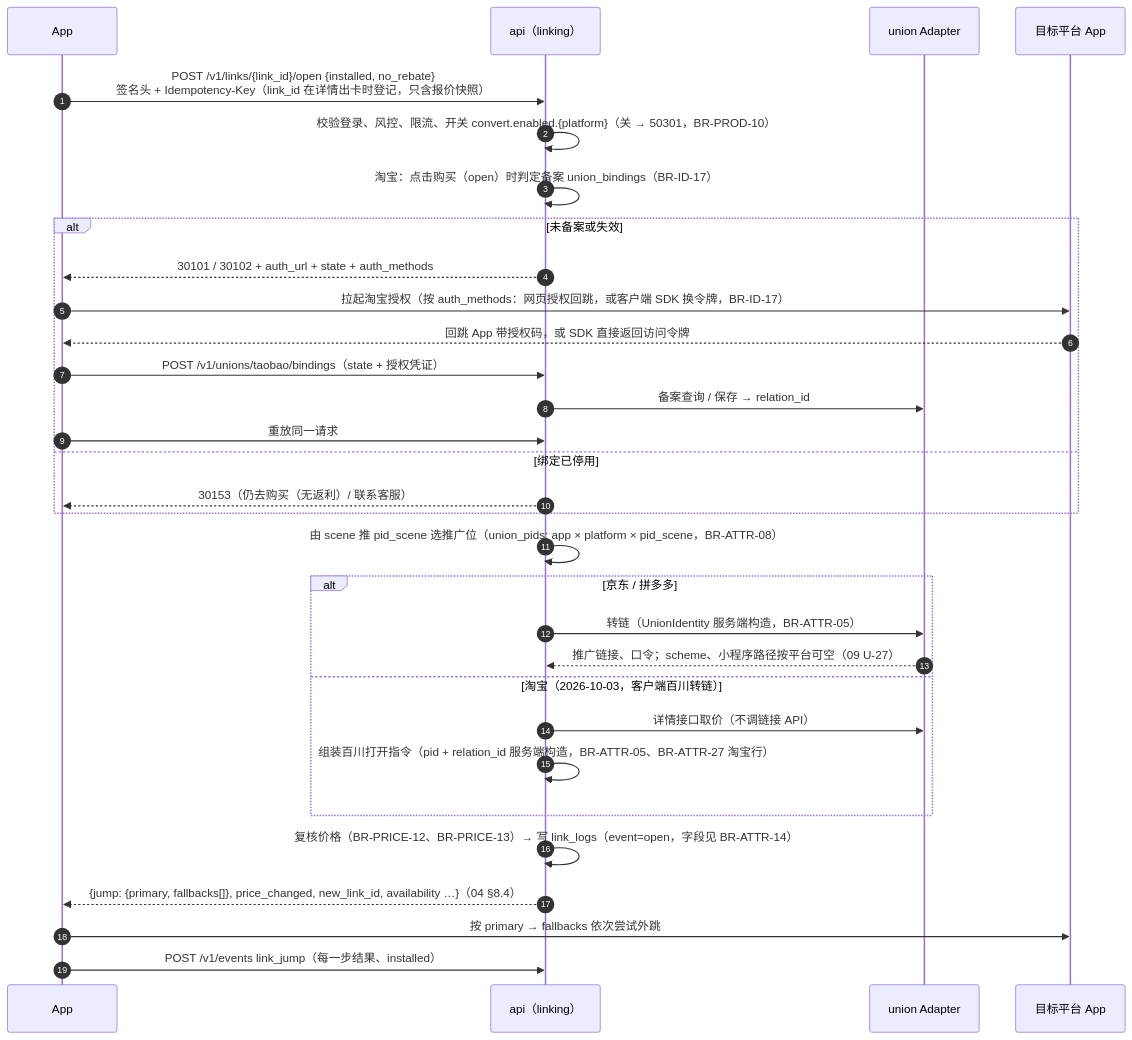
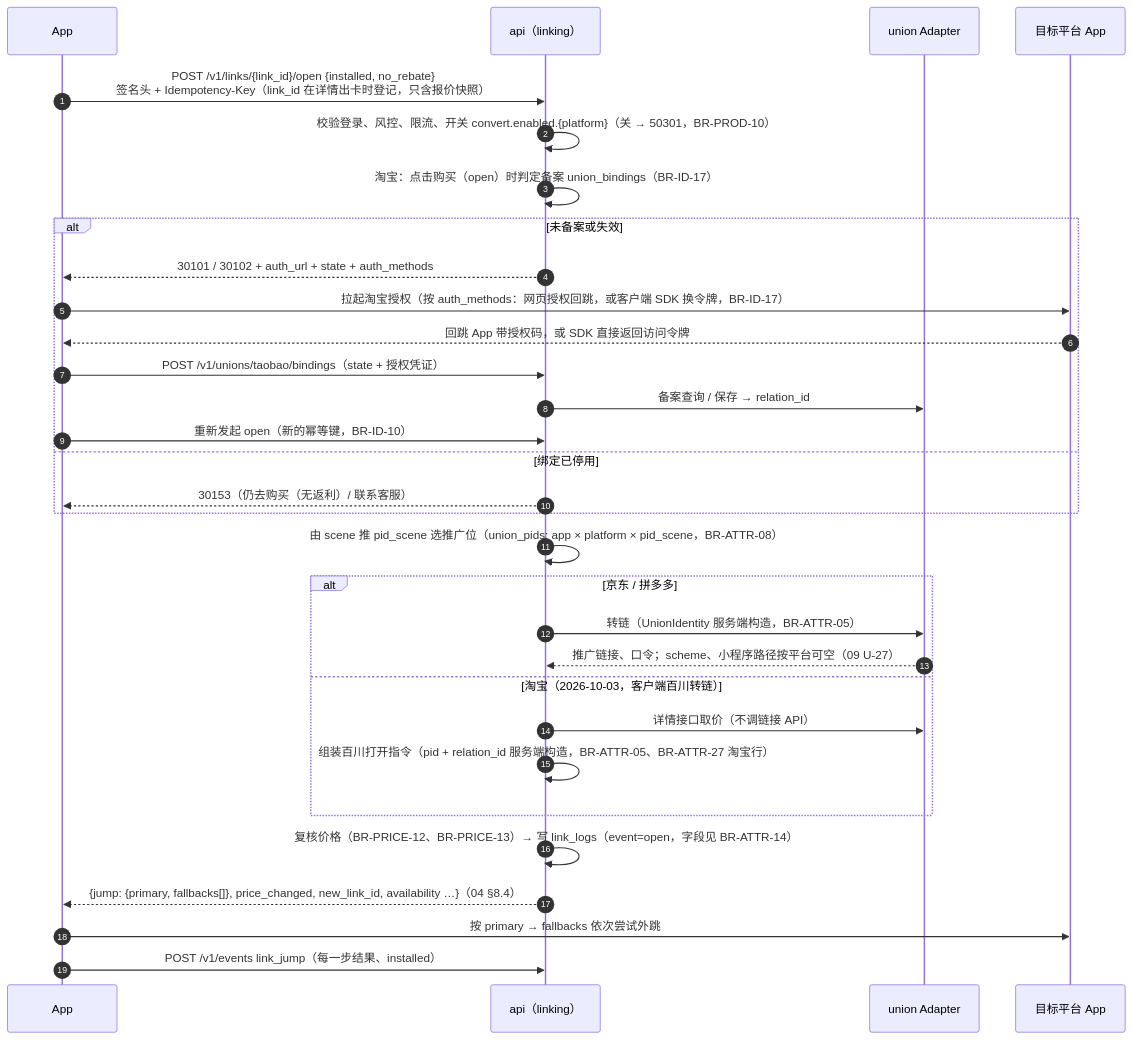
The second of 5 diagrams in 规划/02_系统架构.md (zora4523-bot/couli), drawn with Mermaid before and after one commit. The commit also changed 5 other files, not shown here.

````diff
--- a/规划/02_系统架构.md
+++ b/规划/02_系统架构.md
@@ -256,33 +256,33 @@
 ```mermaid
 sequenceDiagram
   autonumber
   participant C as App
   participant A as api（linking）
   participant U as union Adapter
   participant P as 目标平台 App
   C->>A: POST /v1/links/{link_id}/open {installed, no_rebate}<br/>签名头 + Idempotency-Key（link_id 在详情出卡时登记，只含报价快照）
   A->>A: 校验登录、风控、限流、开关 convert.enabled.{platform}（关 → 50301，BR-PROD-10）
   A->>A: 淘宝：点击购买（open）时判定备案 union_bindings（BR-ID-17）
   alt 未备案或失效
     A-->>C: 30101 / 30102 + auth_url + state + auth_methods
     C->>P: 拉起淘宝授权（按 auth_methods：网页授权回跳，或客户端 SDK 换令牌，BR-ID-17）
     P-->>C: 回跳 App 带授权码，或 SDK 直接返回访问令牌
     C->>A: POST /v1/unions/taobao/bindings（state + 授权凭证）
     A->>U: 备案查询 / 保存 → relation_id
-    C->>A: 重放同一请求
+    C->>A: 重新发起 open（新的幂等键，BR-ID-10）
   else 绑定已停用
     A-->>C: 30153（仍去购买（无返利）/ 联系客服）
   end
   A->>A: 由 scene 推 pid_scene 选推广位（union_pids: app × platform × pid_scene，BR-ATTR-08）
   alt 京东 / 拼多多
     A->>U: 转链（UnionIdentity 服务端构造，BR-ATTR-05）
     U-->>A: 推广链接、口令；scheme、小程序路径按平台可空（09 U-27）
   else 淘宝（2026-10-03，客户端百川转链）
     A->>U: 详情接口取价（不调链接 API）
     A->>A: 组装百川打开指令（pid + relation_id 服务端构造，BR-ATTR-05、BR-ATTR-27 淘宝行）
   end
   A->>A: 复核价格（BR-PRICE-12、BR-PRICE-13）→ 写 link_logs（event=open，字段见 BR-ATTR-14）
   A-->>C: {jump: {primary, fallbacks[]}, price_changed, new_link_id, availability …}（04 §8.4）
   C->>P: 按 primary → fallbacks 依次尝试外跳
   C->>A: POST /v1/events link_jump（每一步结果、installed）
 ```
````
